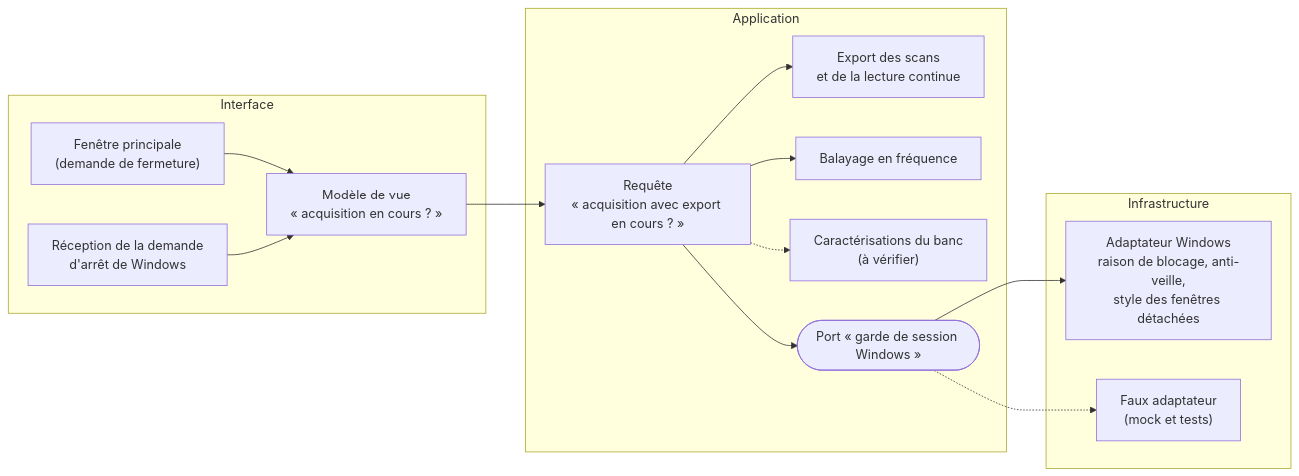
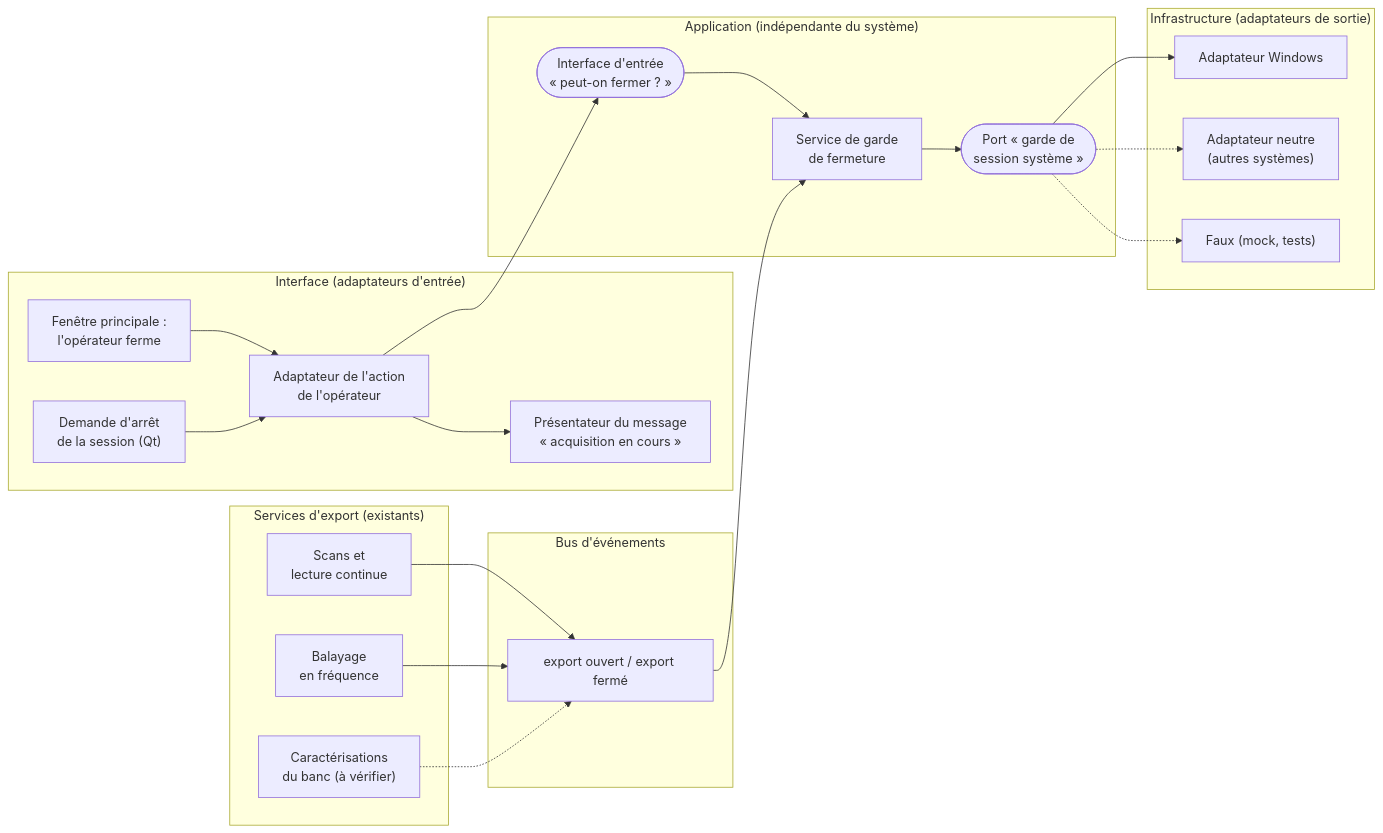
One commit to Luciosmic/AEFI_Acquisition changed the first of 10 diagrams in _system/ops/traces/verrou-de-fermeture-et-fenetres-detachees/plan - verrou de fermeture et fenetres detachees.md. Above: the diagram before and after it, drawn with Mermaid. The commit also changed other lines of this file, not shown here.

Commit message:
docs(plan): verrou de fermeture indépendant du système — service de garde, port système avec adaptateurs Windows et neutre, adaptateur de l'action de l'opérateur

````diff
--- a/_system/ops/traces/verrou-de-fermeture-et-fenetres-detachees/plan - verrou de fermeture et fenetres detachees.md
+++ b/_system/ops/traces/verrou-de-fermeture-et-fenetres-detachees/plan - verrou de fermeture et fenetres detachees.md
@@ -32,28 +48,40 @@
 ```mermaid
 flowchart LR
-    subgraph Interface
-        F["Fenêtre principale<br/>(demande de fermeture)"]
-        S["Réception de la demande<br/>d'arrêt de Windows"]
-        M["Modèle de vue<br/>« acquisition en cours ? »"]
+    subgraph UI["Interface (adaptateurs d'entrée)"]
+        F["Fenêtre principale :<br/>l'opérateur ferme"]
+        S["Demande d'arrêt<br/>de la session (Qt)"]
+        A["Adaptateur de l'action<br/>de l'opérateur"]
+        PR["Présentateur du message<br/>« acquisition en cours »"]
     end
-    subgraph Application
-        Q["Requête<br/>« acquisition avec export en cours ? »"]
-        E1["Export des scans<br/>et de la lecture continue"]
-        E2["Balayage en fréquence"]
-        E3["Caractérisations du banc<br/>(à vérifier)"]
-        P(["Port « garde de session Windows »"])
+    subgraph APP["Application (indépendante du système)"]
+        API(["Interface d'entrée<br/>« peut-on fermer ? »"])
+        G["Service de garde<br/>de fermeture"]
+        PORT(["Port « garde de<br/>session système »"])
     end
-    subgraph Infrastructure
-        W["Adaptateur Windows<br/>raison de blocage, anti-veille,<br/>style des fenêtres détachées"]
-        FW["Faux adaptateur<br/>(mock et tests)"]
+    subgraph BUS["Bus d'événements"]
+        EV["export ouvert / export fermé"]
     end
-    F --> M
-    S --> M
-    M --> Q
-    Q --> E1
-    Q --> E2
-    Q -.-> E3
-    Q --> P
-    P --> W
-    P -.-> FW
+    subgraph EXP["Services d'export (existants)"]
+        E1["Scans et<br/>lecture continue"]
+        E2["Balayage<br/>en fréquence"]
+        E3["Caractérisations<br/>du banc (à vérifier)"]
+    end
+    subgraph INFRA["Infrastructure (adaptateurs de sortie)"]
+        W["Adaptateur Windows"]
+        N["Adaptateur neutre<br/>(autres systèmes)"]
+        FK["Faux (mock, tests)"]
+    end
+    F --> A
+    S --> A
+    A --> API
+    API --> G
+    A --> PR
+    E1 --> EV
+    E2 --> EV
+    E3 -.-> EV
+    EV --> G
+    G --> PORT
+    PORT --> W
+    PORT -.-> N
+    PORT -.-> FK
 ```
````
